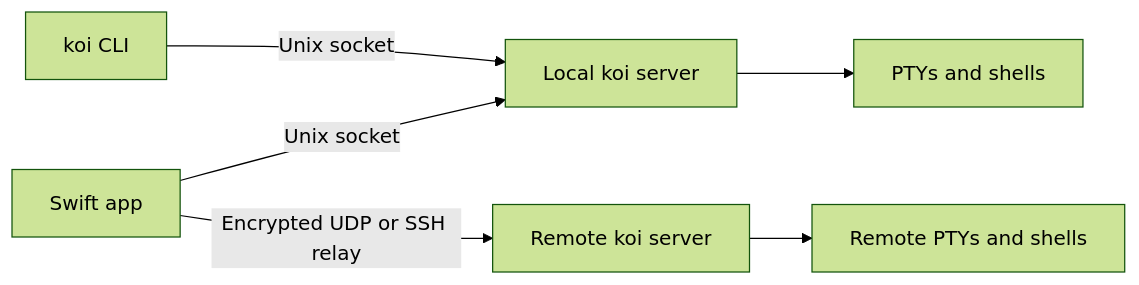
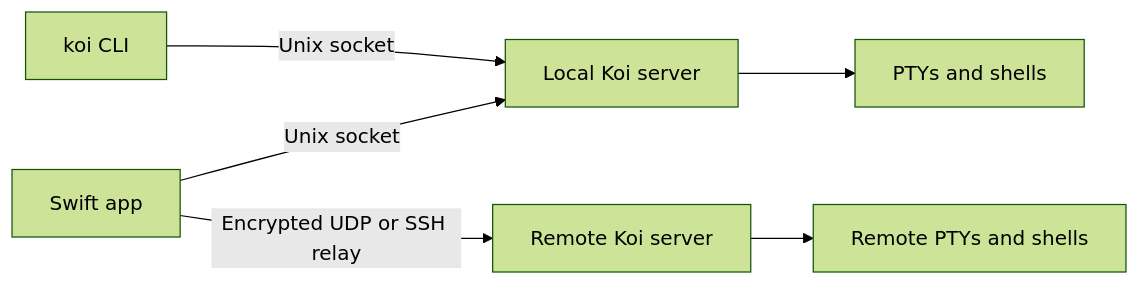
The diagram in docs/architecture.md (arocomputer/koi), drawn with Mermaid (forest theme) before and after one commit. The commit also changed other lines of this file and 54 other files, not shown here.

````diff
--- a/docs/architecture.md
+++ b/docs/architecture.md
@@ -8,8 +10,8 @@
 ```mermaid
 flowchart LR
-    App[Swift app] -->|Unix socket| Local[Local koi server]
+    App[Swift app] -->|Unix socket| Local[Local Koi server]
     CLI[koi CLI] -->|Unix socket| Local
     Local --> Shells[PTYs and shells]
-    App -->|Encrypted UDP or SSH relay| Remote[Remote koi server]
+    App -->|Encrypted UDP or SSH relay| Remote[Remote Koi server]
     Remote --> RemoteShells[Remote PTYs and shells]
 ```
````
